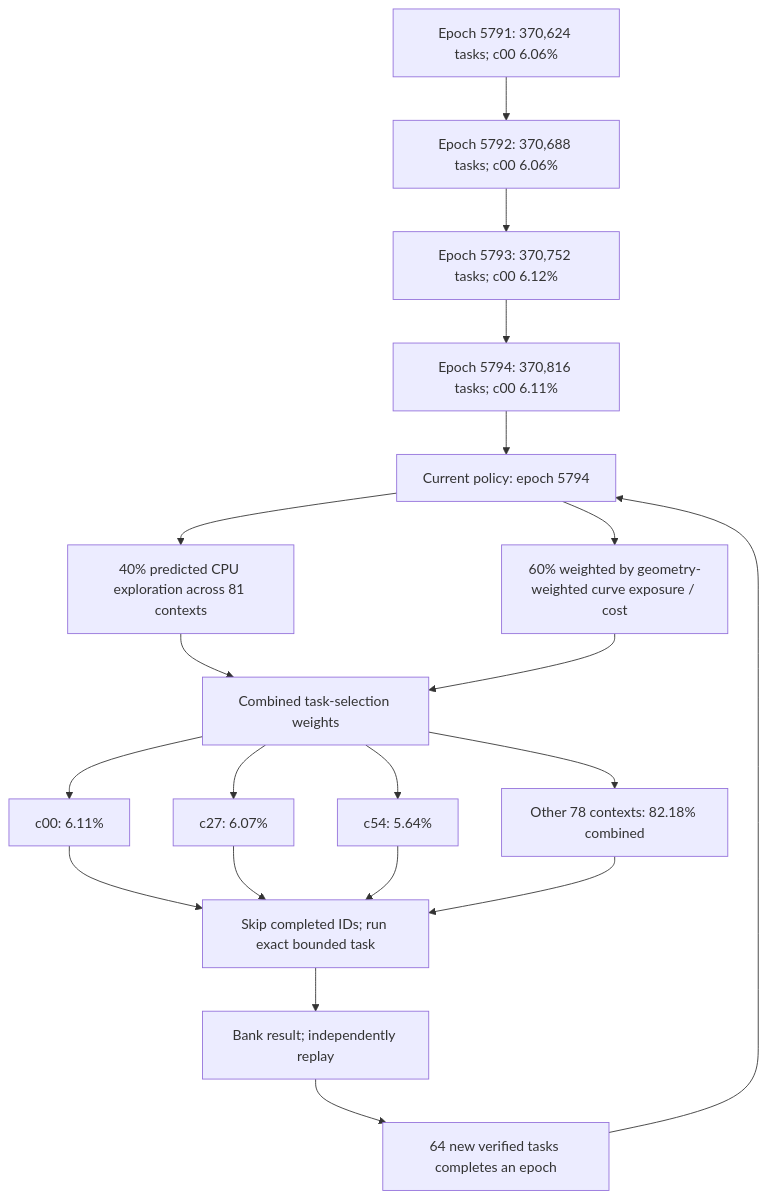
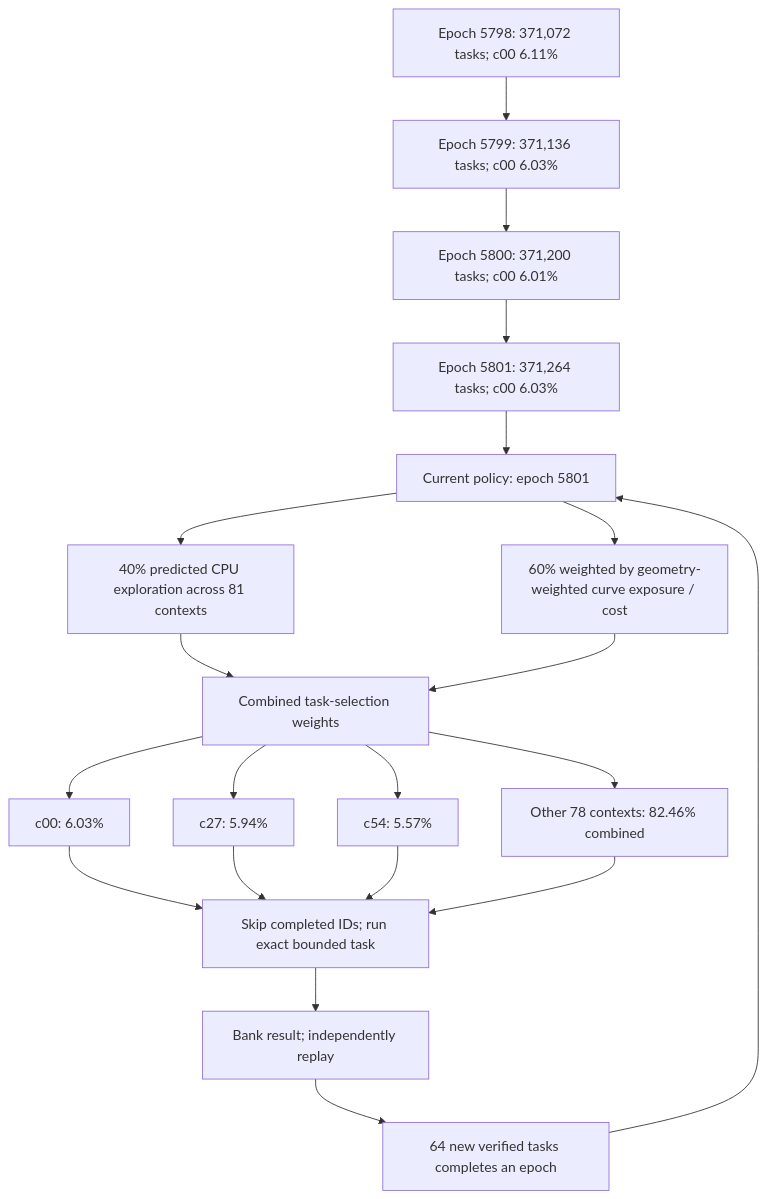
Before and after one commit to Kuberwastaken/math-gambling: the first of 3 diagrams in README.md, drawn with Mermaid. The commit also changed other lines of this file and 1673 other files, not shown here.

````diff
--- a/README.md
+++ b/README.md
@@ -60,27 +60,27 @@
 ```mermaid
 flowchart TD
-    H0["Epoch 5791: 370,624 tasks; c00 6.06%"]
-    H1["Epoch 5792: 370,688 tasks; c00 6.06%"]
+    H0["Epoch 5798: 371,072 tasks; c00 6.11%"]
+    H1["Epoch 5799: 371,136 tasks; c00 6.03%"]
     H0 --> H1
-    H2["Epoch 5793: 370,752 tasks; c00 6.12%"]
+    H2["Epoch 5800: 371,200 tasks; c00 6.01%"]
     H1 --> H2
-    H3["Epoch 5794: 370,816 tasks; c00 6.11%"]
+    H3["Epoch 5801: 371,264 tasks; c00 6.03%"]
     H2 --> H3
-    Policy["Current policy: epoch 5794"]
+    Policy["Current policy: epoch 5801"]
     H3 --> Policy
     Policy --> Explore["40% predicted CPU exploration across 81 contexts"]
     Policy --> Cost["60% weighted by geometry-weighted curve exposure / cost"]
     Explore --> Mix["Combined task-selection weights"]
     Cost --> Mix
-    Mix --> C0["c00: 6.11%"]
-    Mix --> C1["c27: 6.07%"]
-    Mix --> C2["c54: 5.64%"]
-    Mix --> Rest["Other 78 contexts: 82.18% combined"]
+    Mix --> C0["c00: 6.03%"]
+    Mix --> C1["c27: 5.94%"]
+    Mix --> C2["c54: 5.57%"]
+    Mix --> Rest["Other 78 contexts: 82.46% combined"]
     C0 --> Check["Skip completed IDs; run exact bounded task"]
     C1 --> Check
     C2 --> Check
     Rest --> Check
     Check --> Replay["Bank result; independently replay"]
     Replay --> Gate["64 new verified tasks completes an epoch"]
     Gate --> Policy
 ```
````
